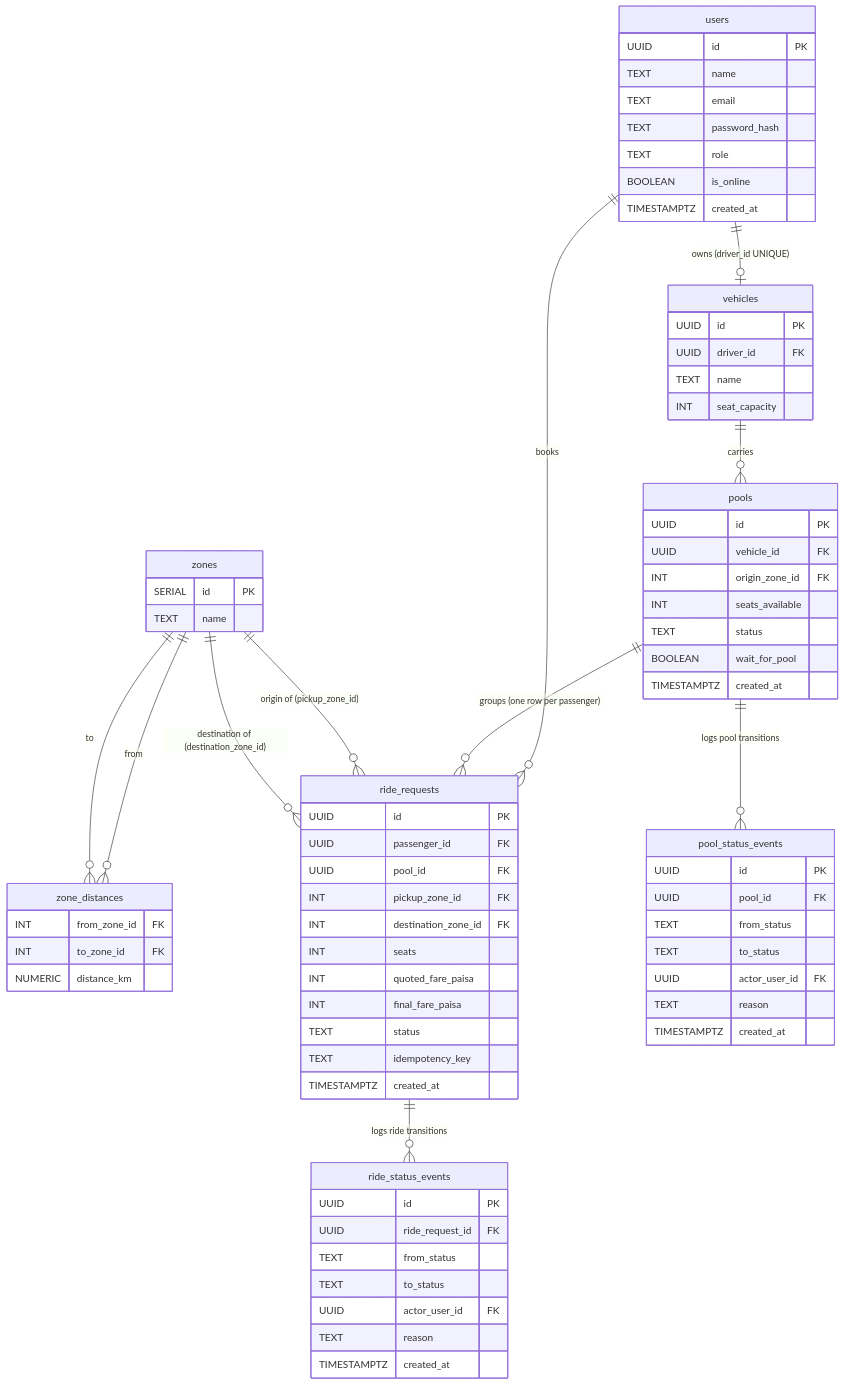
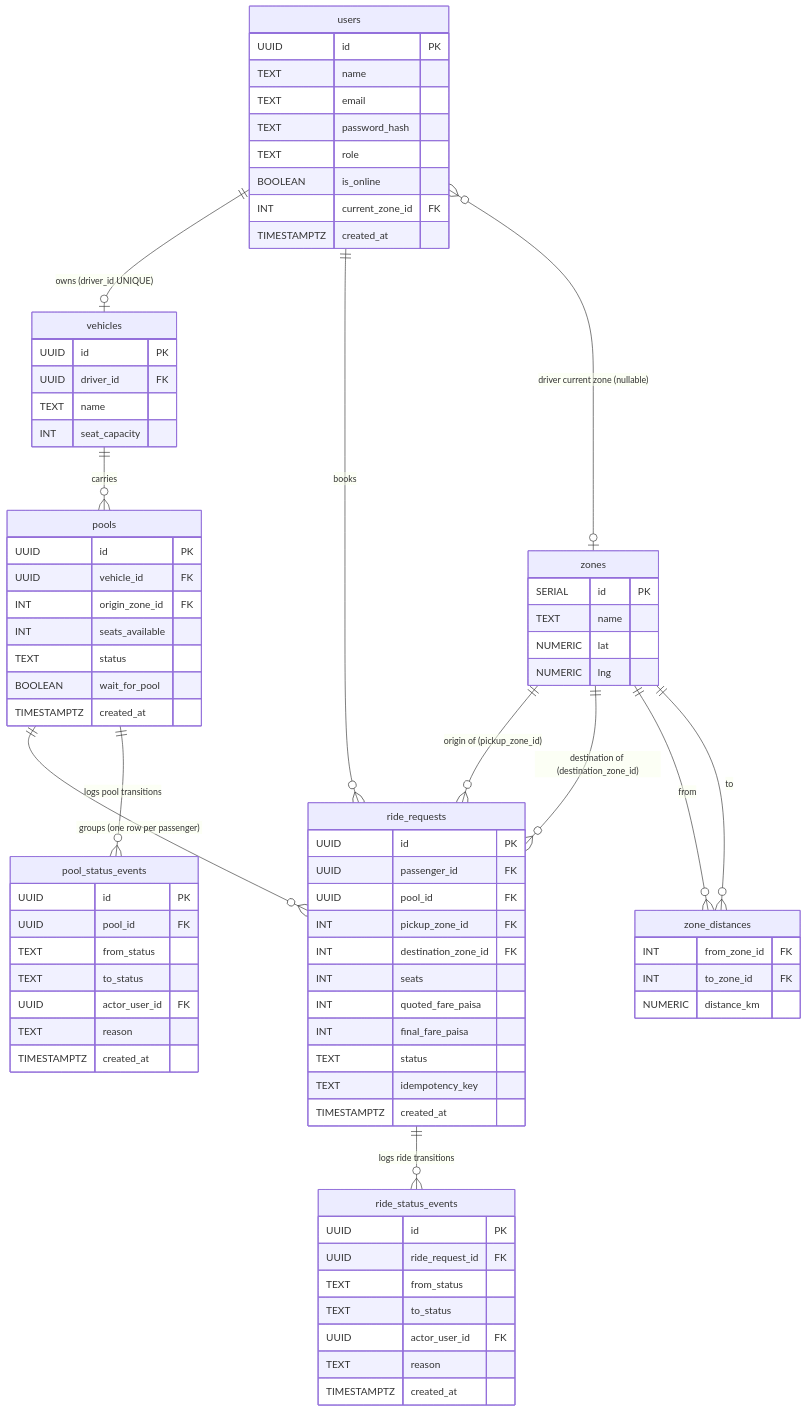
The second of 2 diagrams in docs/architecture.md (rafi0112/oi-tesla-pool), drawn with Mermaid before and after one commit. The commit also changed other lines of this file and 2 other files, not shown here.

First line of the commit message:
docs(architecture): add driver zone constraint, FORMING lifecycle and history ui spec

````diff
--- a/docs/architecture.md
+++ b/docs/architecture.md
@@ -57,78 +57,82 @@
 ```mermaid
 erDiagram
     users {
         UUID id PK
         TEXT name
         TEXT email
         TEXT password_hash
         TEXT role
         BOOLEAN is_online
+        INT current_zone_id FK
         TIMESTAMPTZ created_at
     }
     vehicles {
         UUID id PK
         UUID driver_id FK
         TEXT name
         INT seat_capacity
     }
     zones {
         SERIAL id PK
         TEXT name
+        NUMERIC lat
+        NUMERIC lng
     }
     zone_distances {
         INT from_zone_id FK
         INT to_zone_id FK
         NUMERIC distance_km
     }
     pools {
         UUID id PK
         UUID vehicle_id FK
         INT origin_zone_id FK
         INT seats_available
         TEXT status
         BOOLEAN wait_for_pool
         TIMESTAMPTZ created_at
     }
     ride_requests {
         UUID id PK
         UUID passenger_id FK
         UUID pool_id FK
         INT pickup_zone_id FK
         INT destination_zone_id FK
         INT seats
         INT quoted_fare_paisa
         INT final_fare_paisa
         TEXT status
         TEXT idempotency_key
         TIMESTAMPTZ created_at
     }
     pool_status_events {
         UUID id PK
         UUID pool_id FK
         TEXT from_status
         TEXT to_status
         UUID actor_user_id FK
         TEXT reason
         TIMESTAMPTZ created_at
     }
     ride_status_events {
         UUID id PK
         UUID ride_request_id FK
         TEXT from_status
         TEXT to_status
         UUID actor_user_id FK
         TEXT reason
         TIMESTAMPTZ created_at
     }
 
     users ||--o| vehicles : "owns (driver_id UNIQUE)"
     users ||--o{ ride_requests : "books"
+    users }o--o| zones : "driver current zone (nullable)"
     vehicles ||--o{ pools : "carries"
     pools ||--o{ ride_requests : "groups (one row per passenger)"
     pools ||--o{ pool_status_events : "logs pool transitions"
     ride_requests ||--o{ ride_status_events : "logs ride transitions"
     zones ||--o{ ride_requests : "origin of (pickup_zone_id)"
     zones ||--o{ ride_requests : "destination of (destination_zone_id)"
     zones ||--o{ zone_distances : "from"
     zones ||--o{ zone_distances : "to"
 ```
````
